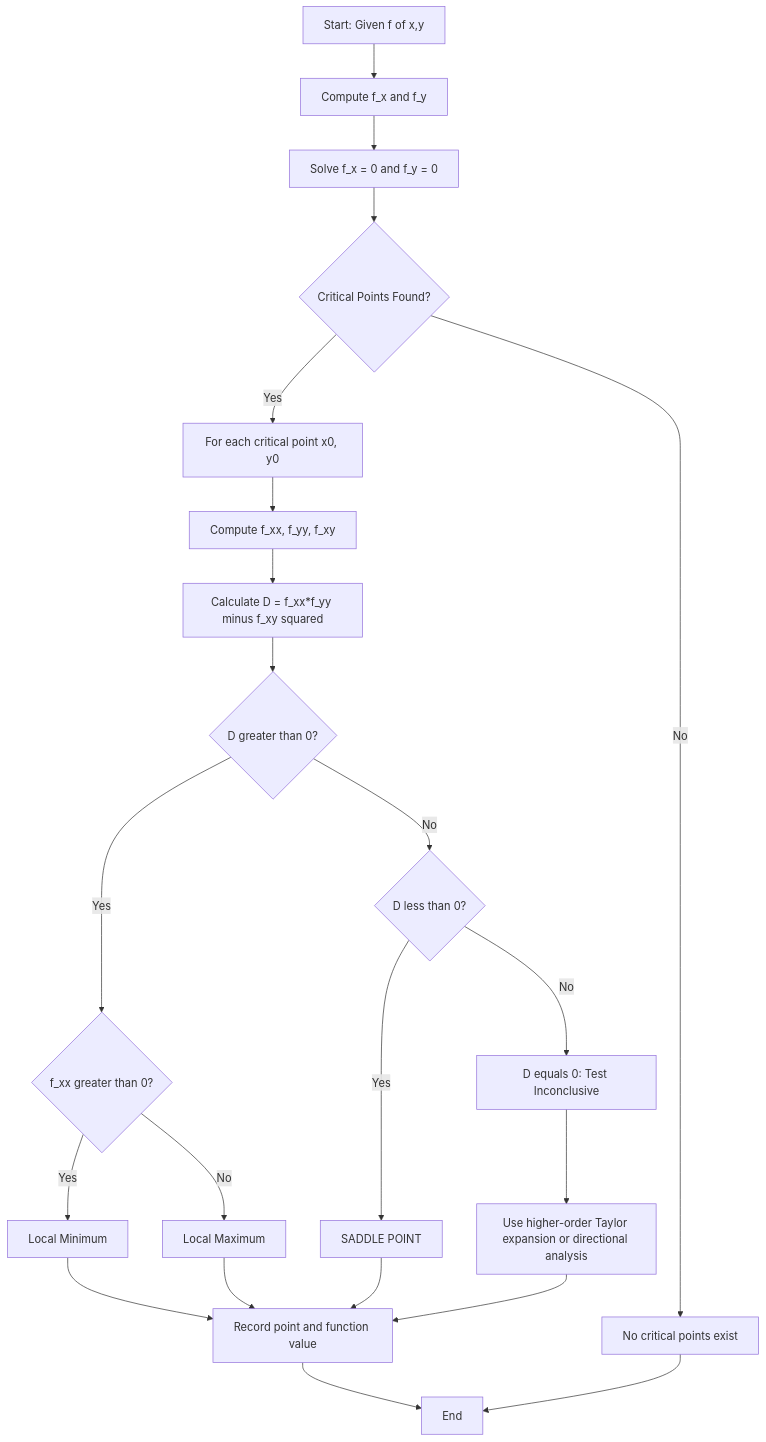
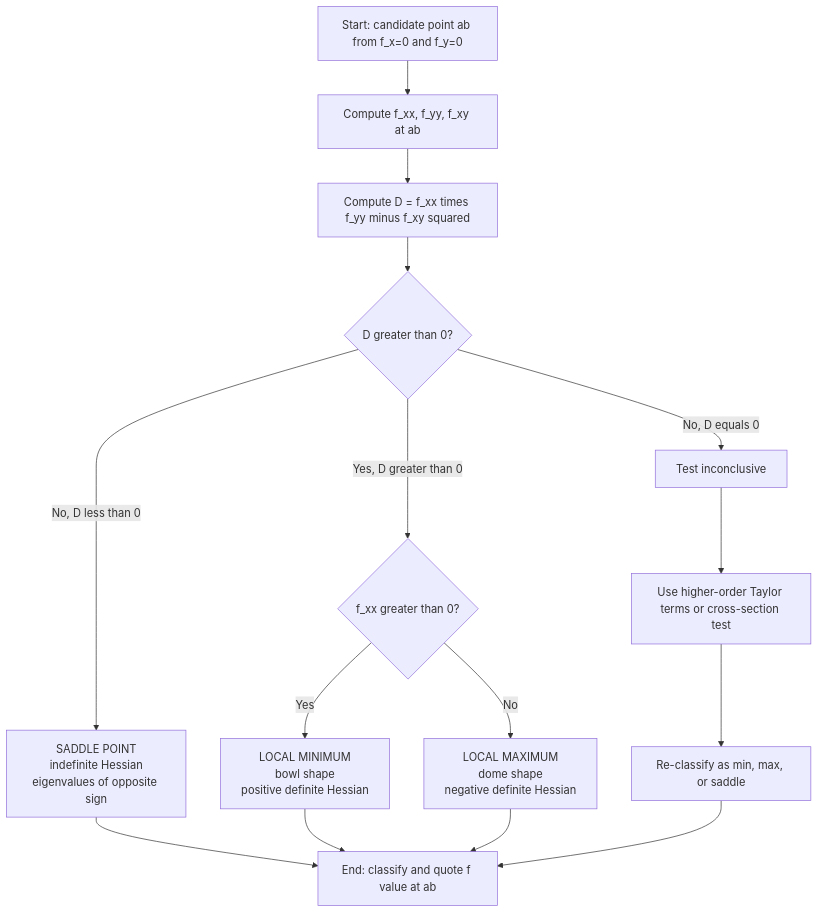
One commit to vishnuu-kr/ktunode changed the first of 4 diagrams in public/notes/computer-science-and-engineering/semester-1/gamat101-mathematics-for-information-science-1/03-module-3-the-chain-rule-functions-of-three-variables/saddle-point/notes.md. Above: the diagram before and after it, drawn with Mermaid. The commit also changed other lines of this file and 4829 other files, not shown here.

````diff
--- a/public/notes/computer-science-and-engineering/semester-1/gamat101-mathematics-for-information-science-1/03-module-3-the-chain-rule-functions-of-three-variables/saddle-point/notes.md
+++ b/public/notes/computer-science-and-engineering/semester-1/gamat101-mathematics-for-information-science-1/03-module-3-the-chain-rule-functions-of-three-variables/saddle-point/notes.md
@@ -497,24 +362,17 @@
 ```mermaid
 flowchart TD
-    A[Start: Given f of x,y] --> B[Compute f_x and f_y]
-    B --> C[Solve f_x = 0 and f_y = 0]
-    C --> D{Critical Points Found?}
-    D -- No --> E[No critical points exist]
-    D -- Yes --> F[For each critical point x0, y0]
-    F --> G[Compute f_xx, f_yy, f_xy]
-    G --> H[Calculate D = f_xx*f_yy minus f_xy squared]
-    H --> I{D greater than 0?}
-    I -- Yes --> J{f_xx greater than 0?}
-    J -- Yes --> K[Local Minimum]
-    J -- No --> L[Local Maximum]
-    I -- No --> M{D less than 0?}
-    M -- Yes --> N[SADDLE POINT]
-    M -- No --> O[D equals 0: Test Inconclusive]
-    O --> P[Use higher-order Taylor expansion or directional analysis]
-    K --> Q[Record point and function value]
-    L --> Q
-    N --> Q
-    P --> Q
-    Q --> R[End]
-    E --> R
+    A[Start: candidate point ab from f_x=0 and f_y=0] --> B[Compute f_xx, f_yy, f_xy at ab]
+    B --> C[Compute D = f_xx times f_yy minus f_xy squared]
+    C --> D{D greater than 0?}
+    D -- "No, D less than 0" --> E["SADDLE POINT<br/>indefinite Hessian<br/>eigenvalues of opposite sign"]
+    D -- "Yes, D greater than 0" --> F{f_xx greater than 0?}
+    D -- "No, D equals 0" --> I[Test inconclusive]
+    F -- "Yes" --> G["LOCAL MINIMUM<br/>bowl shape<br/>positive definite Hessian"]
+    F -- "No" --> H["LOCAL MAXIMUM<br/>dome shape<br/>negative definite Hessian"]
+    I --> J[Use higher-order Taylor terms or cross-section test]
+    J --> K[Re-classify as min, max, or saddle]
+    E --> L[End: classify and quote f value at ab]
+    G --> L
+    H --> L
+    K --> L
 ```
````
